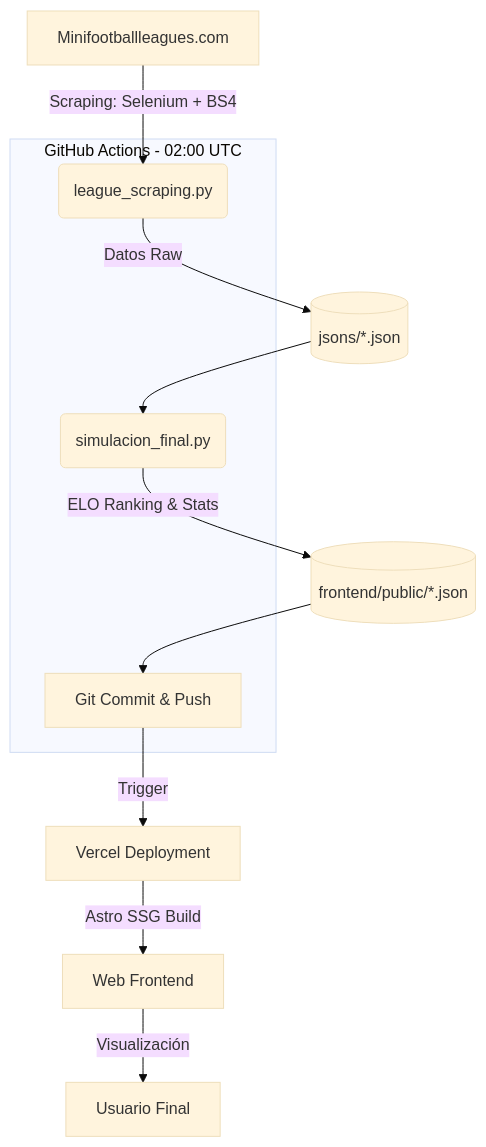
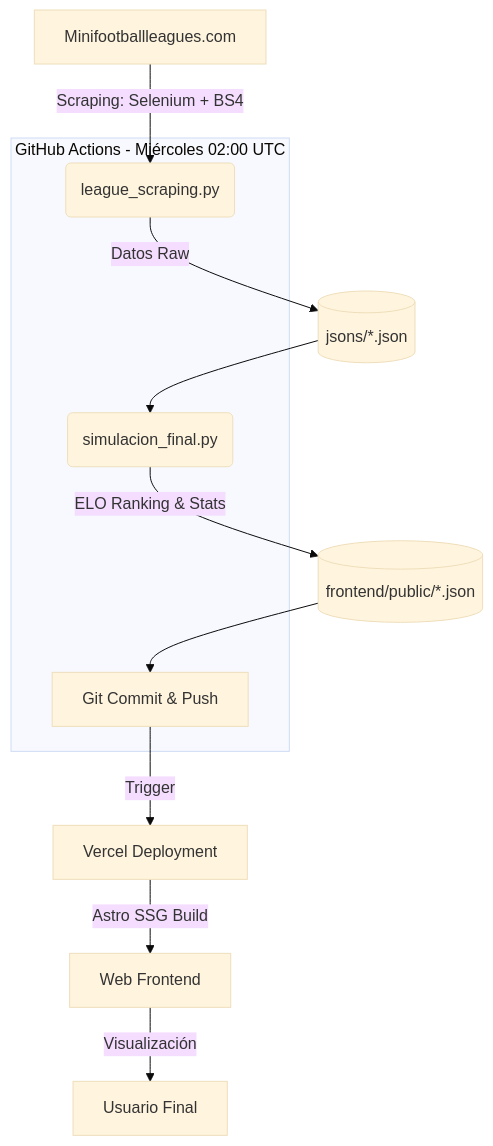
Before and after one commit to floatingbit23/minifootballleagueanalyzer: the diagram in README.md, drawn with Mermaid (base theme). The commit also changed other lines of this file and 3 other files, not shown here.

````diff
--- a/README.md
+++ b/README.md
@@ -103,18 +103,18 @@
 ```mermaid
 graph TD
     A[Minifootballleagues.com] -->|Scraping: Selenium + BS4| B(league_scraping.py)
     B -->|Datos Raw| C[(jsons/*.json)]
     C --> D(simulacion_final.py)
     D -->|ELO Ranking & Stats| E[(frontend/public/*.json)]
     
-    subgraph GitHub_Actions [GitHub Actions - 02:00 UTC]
+    subgraph GitHub_Actions [GitHub Actions - Miércoles 02:00 UTC]
         B
         D
         F[Git Commit & Push]
     end
     
     E --> F
     F -->|Trigger| G[Vercel Deployment]
     G -->|Astro SSG Build| H[Web Frontend]
     H -->|Visualización| I[Usuario Final]
 ```
````
